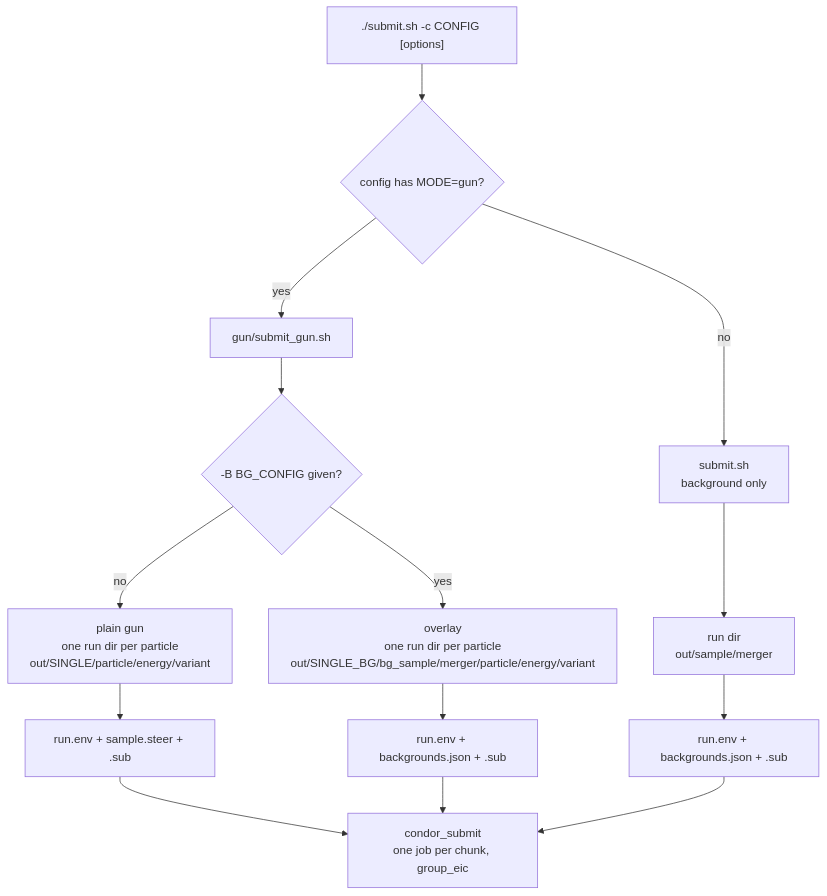
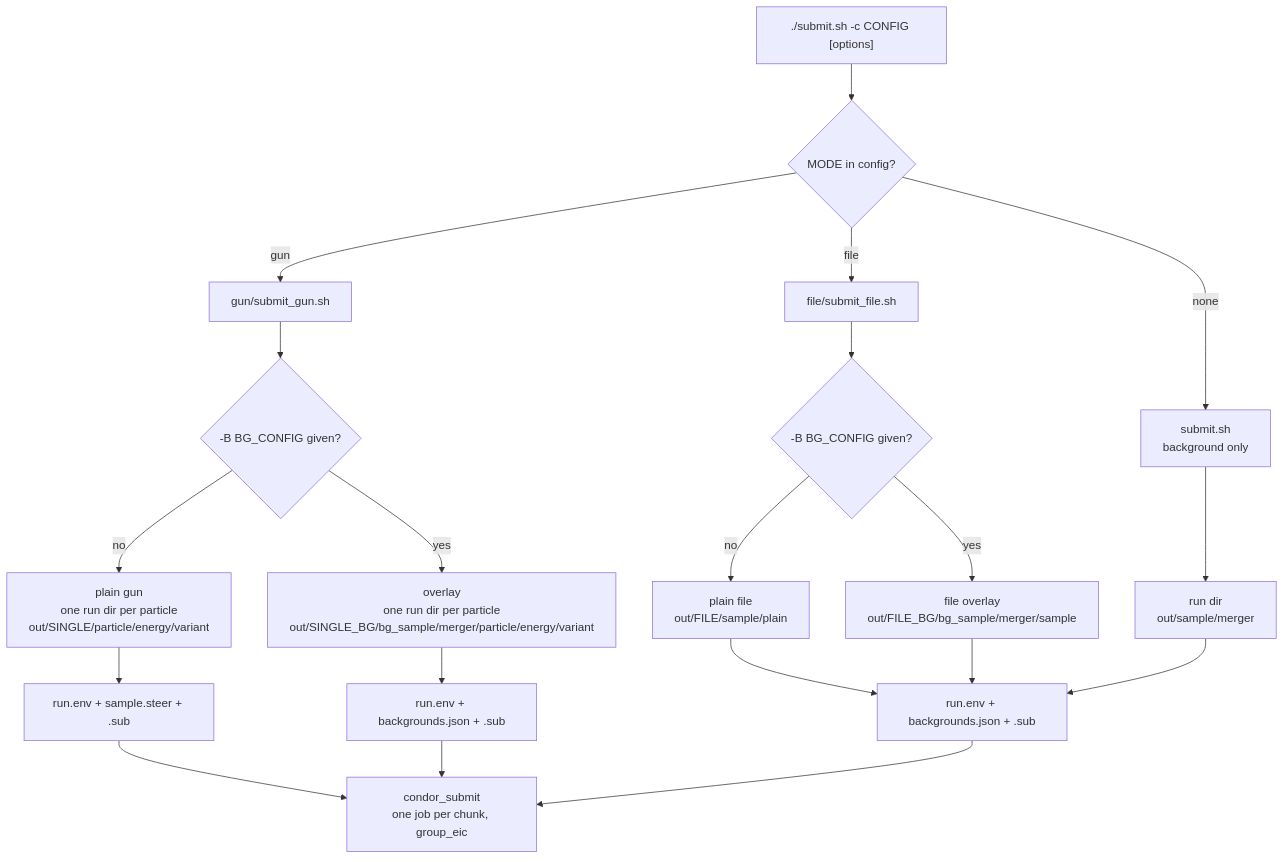
Before and after one commit to rahmans1/bnl-epic-condor-test: the first of 3 diagrams in README.md, drawn with Mermaid. The commit also changed other lines of this file and 14 other files, not shown here.

````diff
--- a/README.md
+++ b/README.md
@@ -88,16 +116,22 @@
 ```mermaid
 flowchart TD
-    A["./submit.sh -c CONFIG [options]"] --> B{"config has MODE=gun?"}
-    B -- no --> C["submit.sh<br/>background only"]
-    B -- yes --> D["gun/submit_gun.sh"]
+    A["./submit.sh -c CONFIG [options]"] --> B{"MODE in config?"}
+    B -- none --> C["submit.sh<br/>background only"]
+    B -- gun --> D["gun/submit_gun.sh"]
+    B -- file --> P["file/submit_file.sh"]
+    P --> Q{"-B BG_CONFIG given?"}
+    Q -- no --> R1["plain file<br/>out/FILE/sample/plain"]
+    Q -- yes --> R2["file overlay<br/>out/FILE_BG/bg_sample/merger/sample"]
+    R1 --> K
+    R2 --> K
     D --> E{"-B BG_CONFIG given?"}
     E -- no --> F["plain gun<br/>one run dir per particle<br/>out/SINGLE/particle/energy/variant"]
     E -- yes --> G["overlay<br/>one run dir per particle<br/>out/SINGLE_BG/bg_sample/merger/particle/energy/variant"]
     C --> H["run dir<br/>out/sample/merger"]
     F --> I["run.env + sample.steer + .sub"]
     G --> J["run.env + backgrounds.json + .sub"]
     H --> K["run.env + backgrounds.json + .sub"]
     I --> L["condor_submit<br/>one job per chunk, group_eic"]
     J --> L
     K --> L
 ```
````
